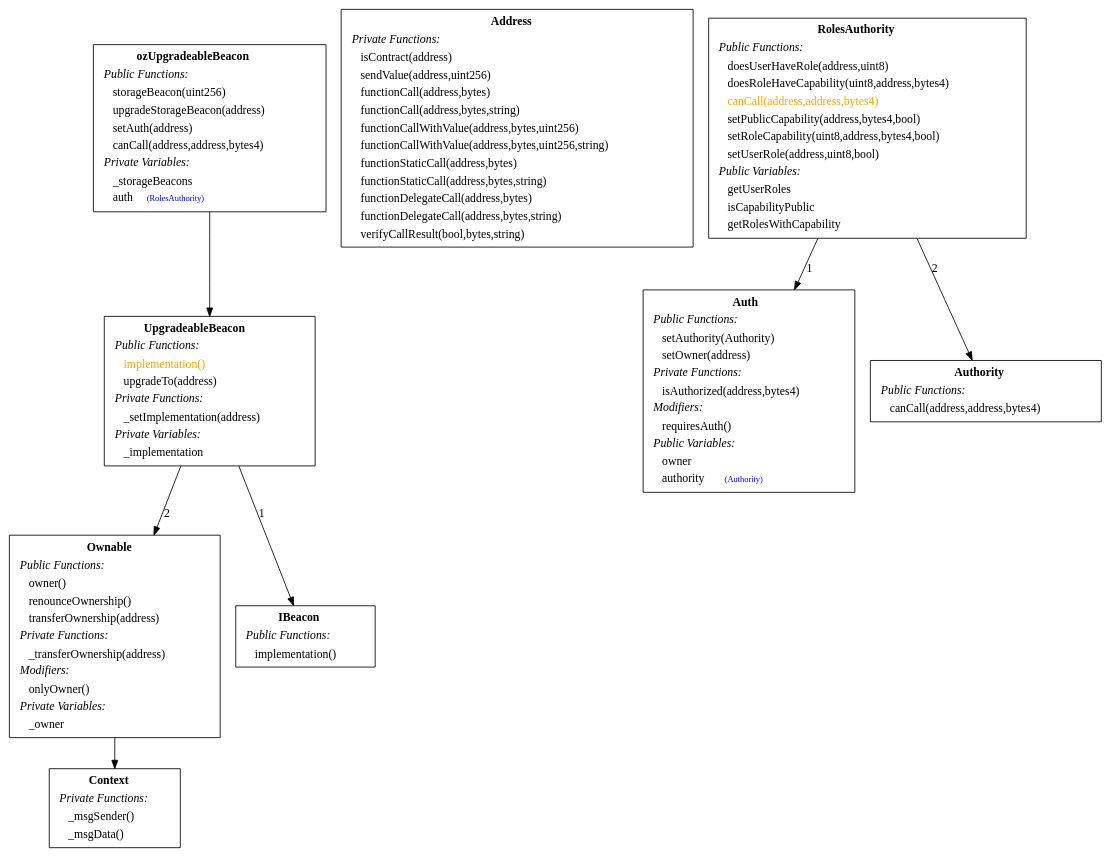
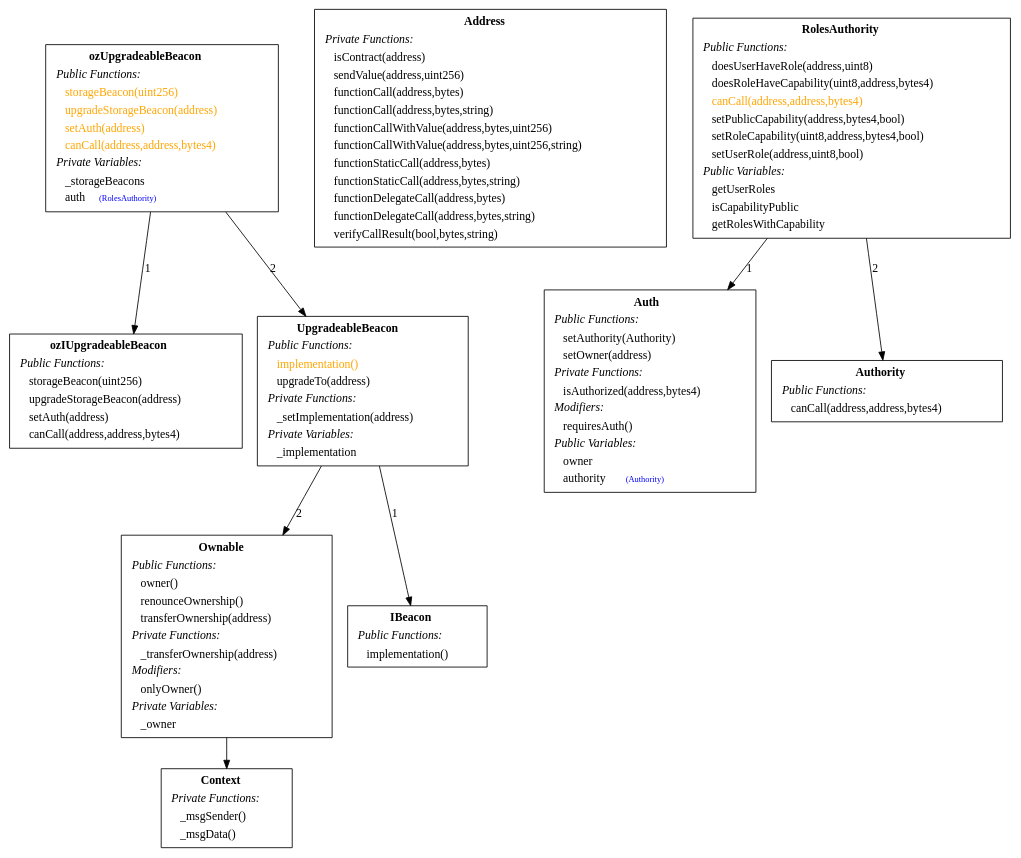
The diagram in inheritance-graphs/ethereum/ozUpgradeableBeacon.sol.inheritance-graph.dot (trojanMcAfee/ozel), drawn with Graphviz before and after one commit. The commit also changed 17 other files, not shown here.

Commit message:
Added new inheritance graphs

```diff
--- a/inheritance-graphs/ethereum/ozUpgradeableBeacon.sol.inheritance-graph.dot
+++ b/inheritance-graphs/ethereum/ozUpgradeableBeacon.sol.inheritance-graph.dot
@@ -1,26 +1,29 @@
 digraph "" {
-ozUpgradeableBeacon -> UpgradeableBeacon;
-ozUpgradeableBeacon[shape="box"label=< <TABLE border="0"><TR><TD align="center"><B>ozUpgradeableBeacon</B></TD></TR><TR><TD align="left"><I>Public Functions:</I></TD></TR><TR><TD align="left">    storageBeacon(uint256)</TD></TR><TR><TD align="left">    upgradeStorageBeacon(address)</TD></TR><TR><TD align="left">    setAuth(address)</TD></TR><TR><TD align="left">    canCall(address,address,bytes4)</TD></TR><TR><TD align="left"><I>Private Variables:</I></TD></TR><TR><TD align="left">    _storageBeacons</TD></TR><TR><TD align="left">    auth<font color="blue" POINT-SIZE="10"> (RolesAuthority)</font></TD></TR></TABLE> >];
+ozUpgradeableBeacon -> ozIUpgradeableBeacon [ label="1" ];
+ozUpgradeableBeacon -> UpgradeableBeacon [ label="2" ];
+ozUpgradeableBeacon[shape="box"label=< <TABLE border="0"><TR><TD align="center"><B>ozUpgradeableBeacon</B></TD></TR><TR><TD align="left"><I>Public Functions:</I></TD></TR><TR><TD align="left"><font color="#FFA500">    storageBeacon(uint256)</font></TD></TR><TR><TD align="left"><font color="#FFA500">    upgradeStorageBeacon(address)</font></TD></TR><TR><TD align="left"><font color="#FFA500">    setAuth(address)</font></TD></TR><TR><TD align="left"><font color="#FFA500">    canCall(address,address,bytes4)</font></TD></TR><TR><TD align="left"><I>Private Variables:</I></TD></TR><TR><TD align="left">    _storageBeacons</TD></TR><TR><TD align="left">    auth<font color="blue" POINT-SIZE="10"> (RolesAuthority)</font></TD></TR></TABLE> >];
+
+ozIUpgradeableBeacon[shape="box"label=< <TABLE border="0"><TR><TD align="center"><B>ozIUpgradeableBeacon</B></TD></TR><TR><TD align="left"><I>Public Functions:</I></TD></TR><TR><TD align="left">    storageBeacon(uint256)</TD></TR><TR><TD align="left">    upgradeStorageBeacon(address)</TD></TR><TR><TD align="left">    setAuth(address)</TD></TR><TR><TD align="left">    canCall(address,address,bytes4)</TD></TR></TABLE> >];
 
 Ownable -> Context;
 Ownable[shape="box"label=< <TABLE border="0"><TR><TD align="center"><B>Ownable</B></TD></TR><TR><TD align="left"><I>Public Functions:</I></TD></TR><TR><TD align="left">    owner()</TD></TR><TR><TD align="left">    renounceOwnership()</TD></TR><TR><TD align="left">    transferOwnership(address)</TD></TR><TR><TD align="left"><I>Private Functions:</I></TD></TR><TR><TD align="left">    _transferOwnership(address)</TD></TR><TR><TD align="left"><I>Modifiers:</I></TD></TR><TR><TD align="left">    onlyOwner()</TD></TR><TR><TD align="left"><I>Private Variables:</I></TD></TR><TR><TD align="left">    _owner</TD></TR></TABLE> >];
 
 IBeacon[shape="box"label=< <TABLE border="0"><TR><TD align="center"><B>IBeacon</B></TD></TR><TR><TD align="left"><I>Public Functions:</I></TD></TR><TR><TD align="left">    implementation()</TD></TR></TABLE> >];
 
 UpgradeableBeacon -> IBeacon [ label="1" ];
 UpgradeableBeacon -> Ownable [ label="2" ];
 UpgradeableBeacon[shape="box"label=< <TABLE border="0"><TR><TD align="center"><B>UpgradeableBeacon</B></TD></TR><TR><TD align="left"><I>Public Functions:</I></TD></TR><TR><TD align="left"><font color="#FFA500">    implementation()</font></TD></TR><TR><TD align="left">    upgradeTo(address)</TD></TR><TR><TD align="left"><I>Private Functions:</I></TD></TR><TR><TD align="left">    _setImplementation(address)</TD></TR><TR><TD align="left"><I>Private Variables:</I></TD></TR><TR><TD align="left">    _implementation</TD></TR></TABLE> >];
 
 Address[shape="box"label=< <TABLE border="0"><TR><TD align="center"><B>Address</B></TD></TR><TR><TD align="left"><I>Private Functions:</I></TD></TR><TR><TD align="left">    isContract(address)</TD></TR><TR><TD align="left">    sendValue(address,uint256)</TD></TR><TR><TD align="left">    functionCall(address,bytes)</TD></TR><TR><TD align="left">    functionCall(address,bytes,string)</TD></TR><TR><TD align="left">    functionCallWithValue(address,bytes,uint256)</TD></TR><TR><TD align="left">    functionCallWithValue(address,bytes,uint256,string)</TD></TR><TR><TD align="left">    functionStaticCall(address,bytes)</TD></TR><TR><TD align="left">    functionStaticCall(address,bytes,string)</TD></TR><TR><TD align="left">    functionDelegateCall(address,bytes)</TD></TR><TR><TD align="left">    functionDelegateCall(address,bytes,string)</TD></TR><TR><TD align="left">    verifyCallResult(bool,bytes,string)</TD></TR></TABLE> >];
 
 Context[shape="box"label=< <TABLE border="0"><TR><TD align="center"><B>Context</B></TD></TR><TR><TD align="left"><I>Private Functions:</I></TD></TR><TR><TD align="left">    _msgSender()</TD></TR><TR><TD align="left">    _msgData()</TD></TR></TABLE> >];
 
 Auth[shape="box"label=< <TABLE border="0"><TR><TD align="center"><B>Auth</B></TD></TR><TR><TD align="left"><I>Public Functions:</I></TD></TR><TR><TD align="left">    setAuthority(Authority)</TD></TR><TR><TD align="left">    setOwner(address)</TD></TR><TR><TD align="left"><I>Private Functions:</I></TD></TR><TR><TD align="left">    isAuthorized(address,bytes4)</TD></TR><TR><TD align="left"><I>Modifiers:</I></TD></TR><TR><TD align="left">    requiresAuth()</TD></TR><TR><TD align="left"><I>Public Variables:</I></TD></TR><TR><TD align="left">    owner</TD></TR><TR><TD align="left">    authority<font color="blue" POINT-SIZE="10"> (Authority)</font></TD></TR></TABLE> >];
 
 Authority[shape="box"label=< <TABLE border="0"><TR><TD align="center"><B>Authority</B></TD></TR><TR><TD align="left"><I>Public Functions:</I></TD></TR><TR><TD align="left">    canCall(address,address,bytes4)</TD></TR></TABLE> >];
 
 RolesAuthority -> Auth [ label="1" ];
 RolesAuthority -> Authority [ label="2" ];
 RolesAuthority[shape="box"label=< <TABLE border="0"><TR><TD align="center"><B>RolesAuthority</B></TD></TR><TR><TD align="left"><I>Public Functions:</I></TD></TR><TR><TD align="left">    doesUserHaveRole(address,uint8)</TD></TR><TR><TD align="left">    doesRoleHaveCapability(uint8,address,bytes4)</TD></TR><TR><TD align="left"><font color="#FFA500">    canCall(address,address,bytes4)</font></TD></TR><TR><TD align="left">    setPublicCapability(address,bytes4,bool)</TD></TR><TR><TD align="left">    setRoleCapability(uint8,address,bytes4,bool)</TD></TR><TR><TD align="left">    setUserRole(address,uint8,bool)</TD></TR><TR><TD align="left"><I>Public Variables:</I></TD></TR><TR><TD align="left">    getUserRoles</TD></TR><TR><TD align="left">    isCapabilityPublic</TD></TR><TR><TD align="left">    getRolesWithCapability</TD></TR></TABLE> >];
 
 }
```
